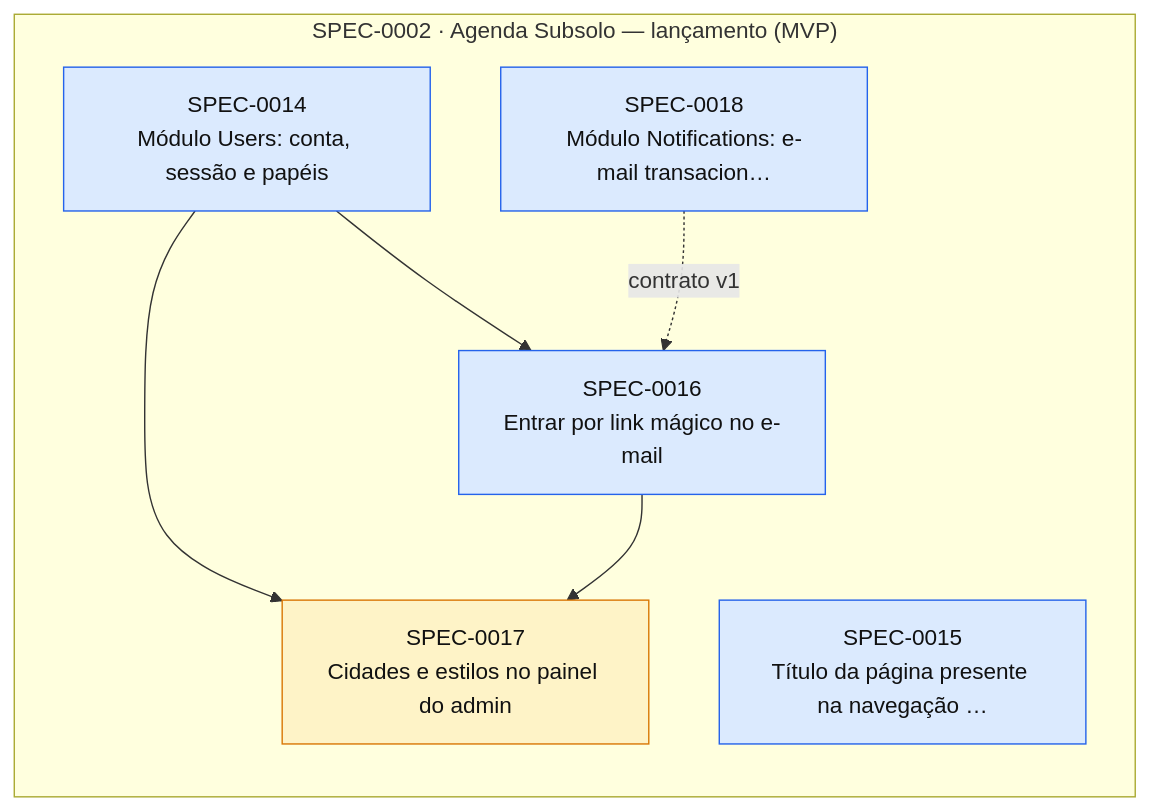
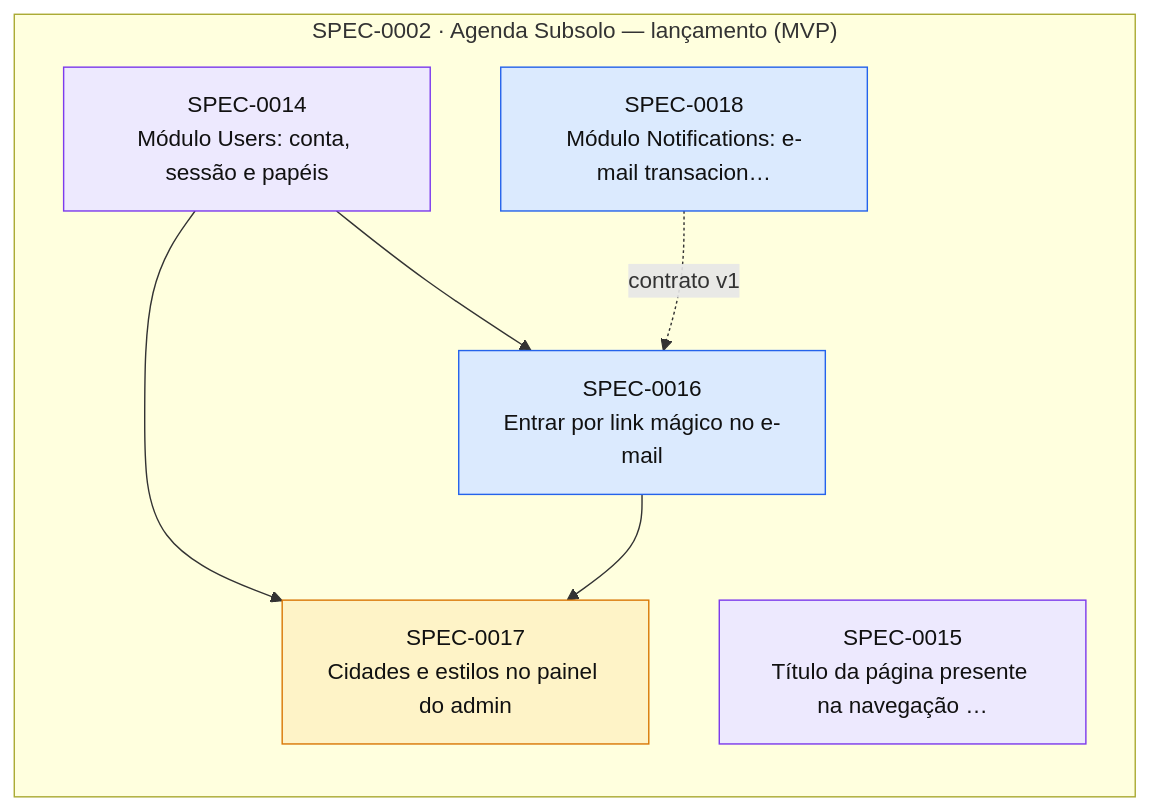
Before and after one commit to thomasravache/subsolo: the diagram in docs/specs/INDEX.md, drawn with Mermaid. The commit also changed other lines of this file and 2 other files, not shown here.

First line of the commit message:
docs(sdd): amend SPEC-0015 after the title bug proved unreachable

````diff
--- a/docs/specs/INDEX.md
+++ b/docs/specs/INDEX.md
@@ -67,19 +67,19 @@
 ```mermaid
 flowchart LR
   subgraph E0002["SPEC-0002 · Agenda Subsolo — lançamento (MVP)"]
-    S0014["SPEC-0014<br/>Módulo Users: conta, sessão e papéis"]:::approved
-    S0015["SPEC-0015<br/>Título da página presente na navegação …"]:::approved
+    S0014["SPEC-0014<br/>Módulo Users: conta, sessão e papéis"]:::inprogress
+    S0015["SPEC-0015<br/>Título da página presente na navegação …"]:::inprogress
     S0016["SPEC-0016<br/>Entrar por link mágico no e-mail"]:::approved
     S0017["SPEC-0017<br/>Cidades e estilos no painel do admin"]:::proposed
     S0018["SPEC-0018<br/>Módulo Notifications: e-mail transacion…"]:::approved
   end
   S0014 --> S0016
   S0018 -. contrato v1 .-> S0016
   S0014 --> S0017
   S0016 --> S0017
   classDef proposed fill:#fef3c7,stroke:#d97706,color:#111
   classDef approved fill:#dbeafe,stroke:#2563eb,color:#111
   classDef inprogress fill:#ede9fe,stroke:#7c3aed,color:#111
   classDef implemented fill:#dcfce7,stroke:#16a34a,color:#111
   classDef deprecated fill:#f3f4f6,stroke:#9ca3af,color:#6b7280
 ```
````
